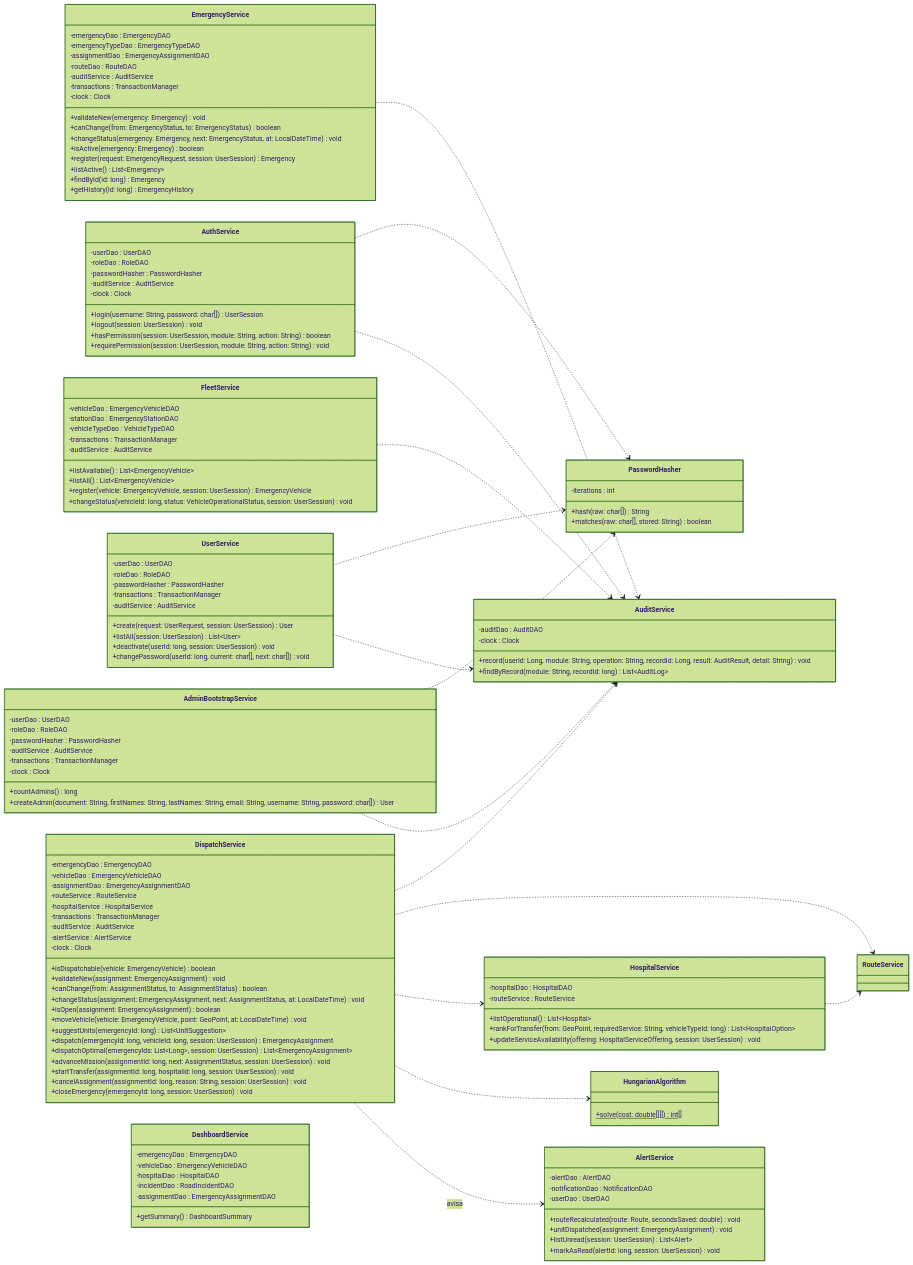
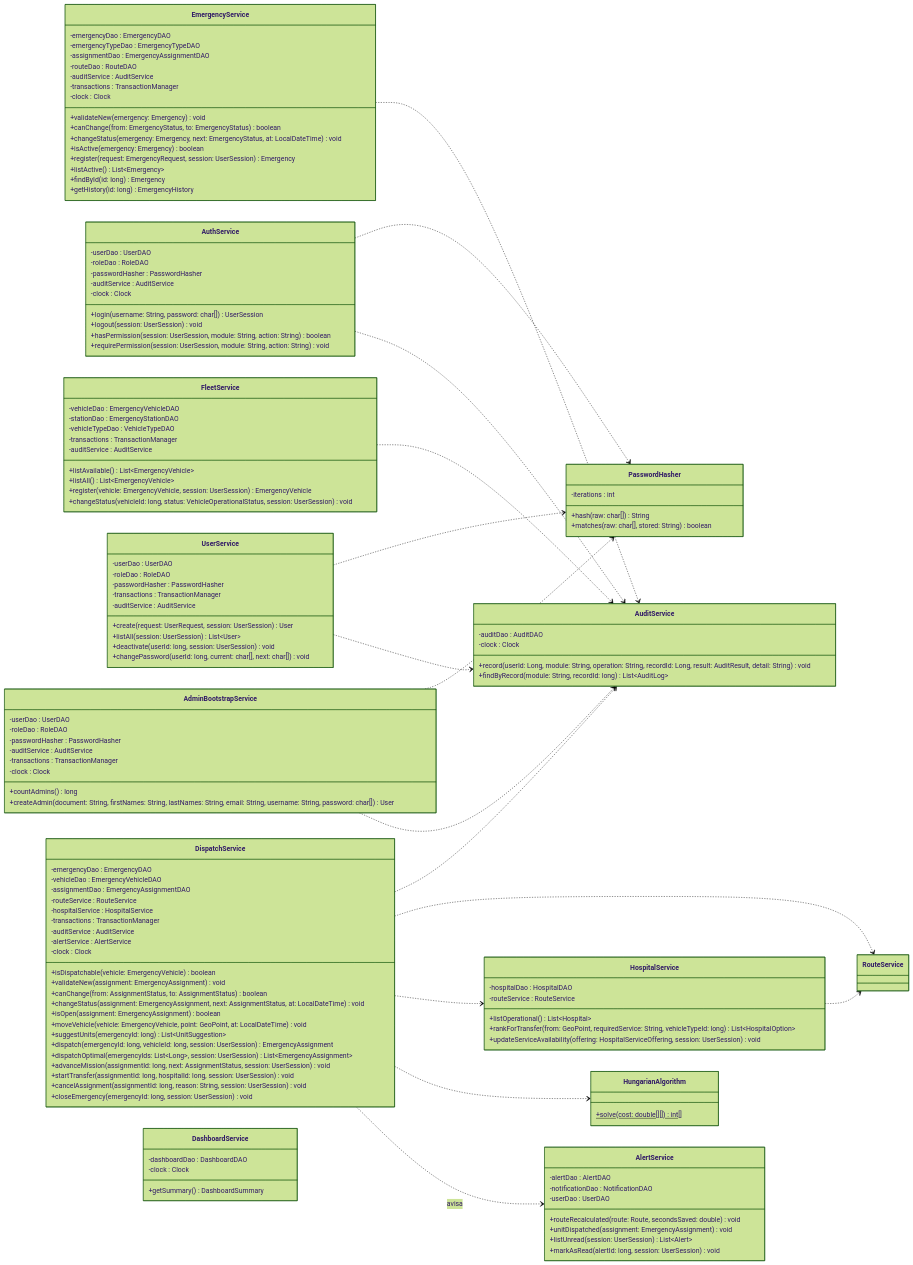
Diagram 15 of 24 in docs/class-diagram.md (afzabaleta/RutaVida), drawn with Mermaid (forest theme) before and after one commit. The commit also changed other lines of this file and 2 other files, not shown here.

Commit message:
docs: document-dashboard

```diff
--- a/docs/class-diagram.md
+++ b/docs/class-diagram.md
@@ -1076,11 +1076,8 @@
         +updateServiceAvailability(offering: HospitalServiceOffering, session: UserSession) void
     }
     class DashboardService {
-        -emergencyDao : EmergencyDAO
-        -vehicleDao : EmergencyVehicleDAO
-        -hospitalDao : HospitalDAO
-        -incidentDao : RoadIncidentDAO
-        -assignmentDao : EmergencyAssignmentDAO
+        -dashboardDao : DashboardDAO
+        -clock : Clock
         +getSummary() DashboardSummary
     }
     class AlertService {
```
